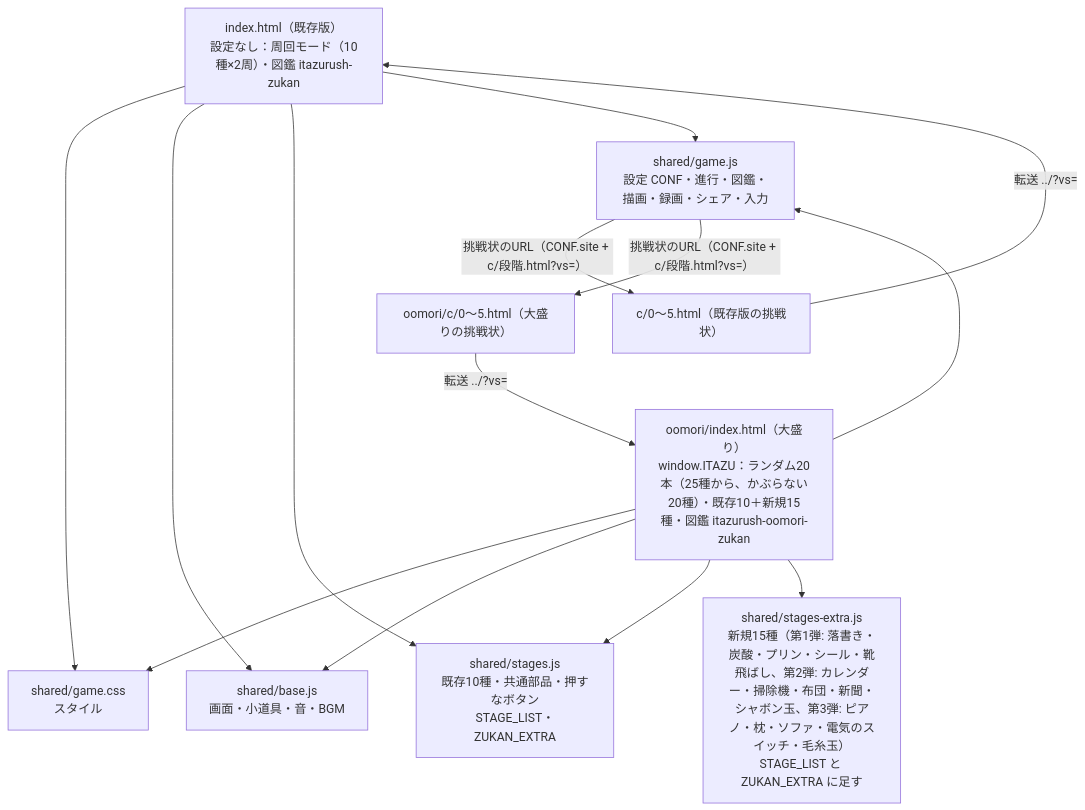
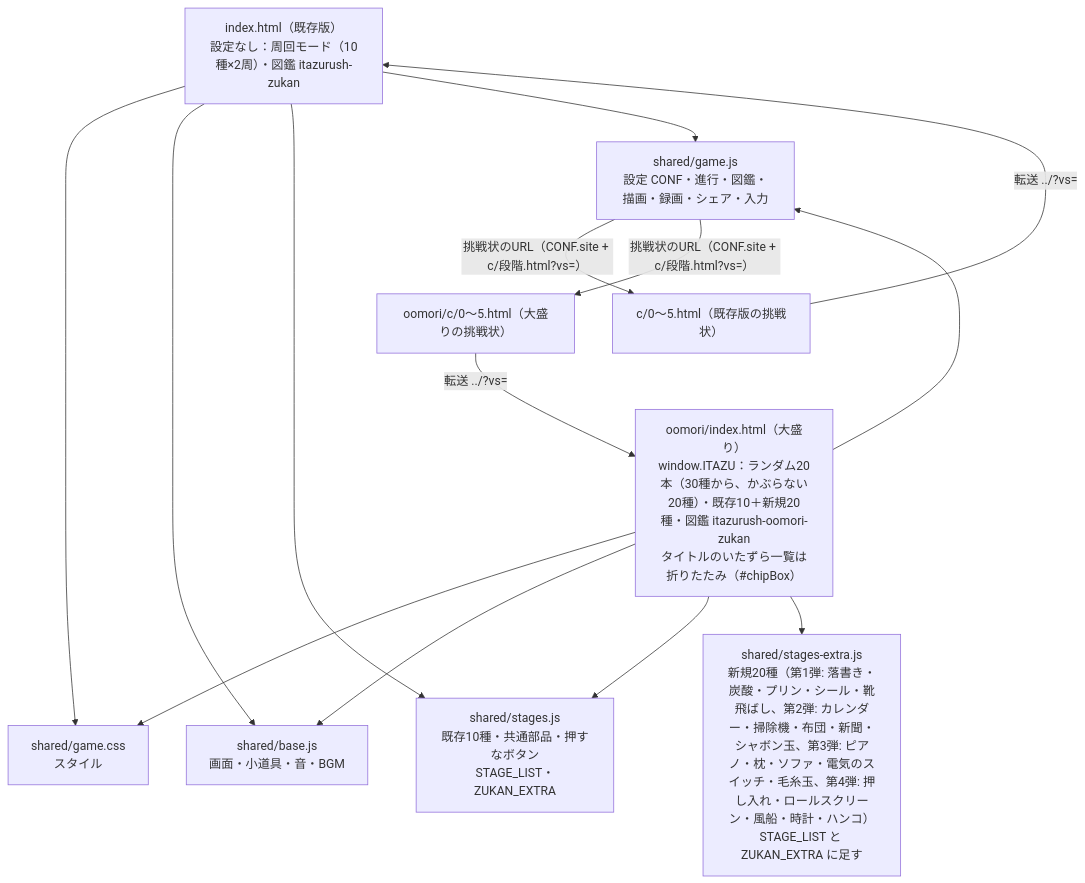
One commit to sakuichi/itazu-rush changed the first of 2 diagrams in docs/architecture.md. Above: the diagram before and after it, drawn with Mermaid. The commit also changed 11 other files, not shown here.

First line of the commit message:
大盛り！第4弾：押し入れ・ロールスクリーン・風船・時計・ハンコを追加（全30種）

````diff
--- a/docs/architecture.md
+++ b/docs/architecture.md
@@ -10,17 +10,17 @@
 ```mermaid
 flowchart TD
   P1["index.html（既存版）<br>設定なし：周回モード（10種×2周）・図鑑 itazurush-zukan"]
-  P2["oomori/index.html（大盛り）<br>window.ITAZU：ランダム20本（25種から、かぶらない20種）・既存10＋新規15種・図鑑 itazurush-oomori-zukan"]
+  P2["oomori/index.html（大盛り）<br>window.ITAZU：ランダム20本（30種から、かぶらない20種）・既存10＋新規20種・図鑑 itazurush-oomori-zukan<br>タイトルのいたずら一覧は折りたたみ（#chipBox）"]
   CSS["shared/game.css<br>スタイル"]
   BASE["shared/base.js<br>画面・小道具・音・BGM"]
   ST["shared/stages.js<br>既存10種・共通部品・押すなボタン<br>STAGE_LIST・ZUKAN_EXTRA"]
-  EX["shared/stages-extra.js<br>新規15種（第1弾: 落書き・炭酸・プリン・シール・靴飛ばし、第2弾: カレンダー・掃除機・布団・新聞・シャボン玉、第3弾: ピアノ・枕・ソファ・電気のスイッチ・毛糸玉）<br>STAGE_LIST と ZUKAN_EXTRA に足す"]
+  EX["shared/stages-extra.js<br>新規20種（第1弾: 落書き・炭酸・プリン・シール・靴飛ばし、第2弾: カレンダー・掃除機・布団・新聞・シャボン玉、第3弾: ピアノ・枕・ソファ・電気のスイッチ・毛糸玉、第4弾: 押し入れ・ロールスクリーン・風船・時計・ハンコ）<br>STAGE_LIST と ZUKAN_EXTRA に足す"]
   GAME["shared/game.js<br>設定 CONF・進行・図鑑・描画・録画・シェア・入力"]
   CH1["c/0〜5.html（既存版の挑戦状）"]
   CH2["oomori/c/0〜5.html（大盛りの挑戦状）"]
   P1 --> CSS & BASE & ST & GAME
   P2 --> CSS & BASE & ST & EX & GAME
   GAME -- "挑戦状のURL（CONF.site + c/段階.html?vs=）" --> CH1 & CH2
   CH1 -- "転送 ../?vs=" --> P1
   CH2 -- "転送 ../?vs=" --> P2
 ```
````
